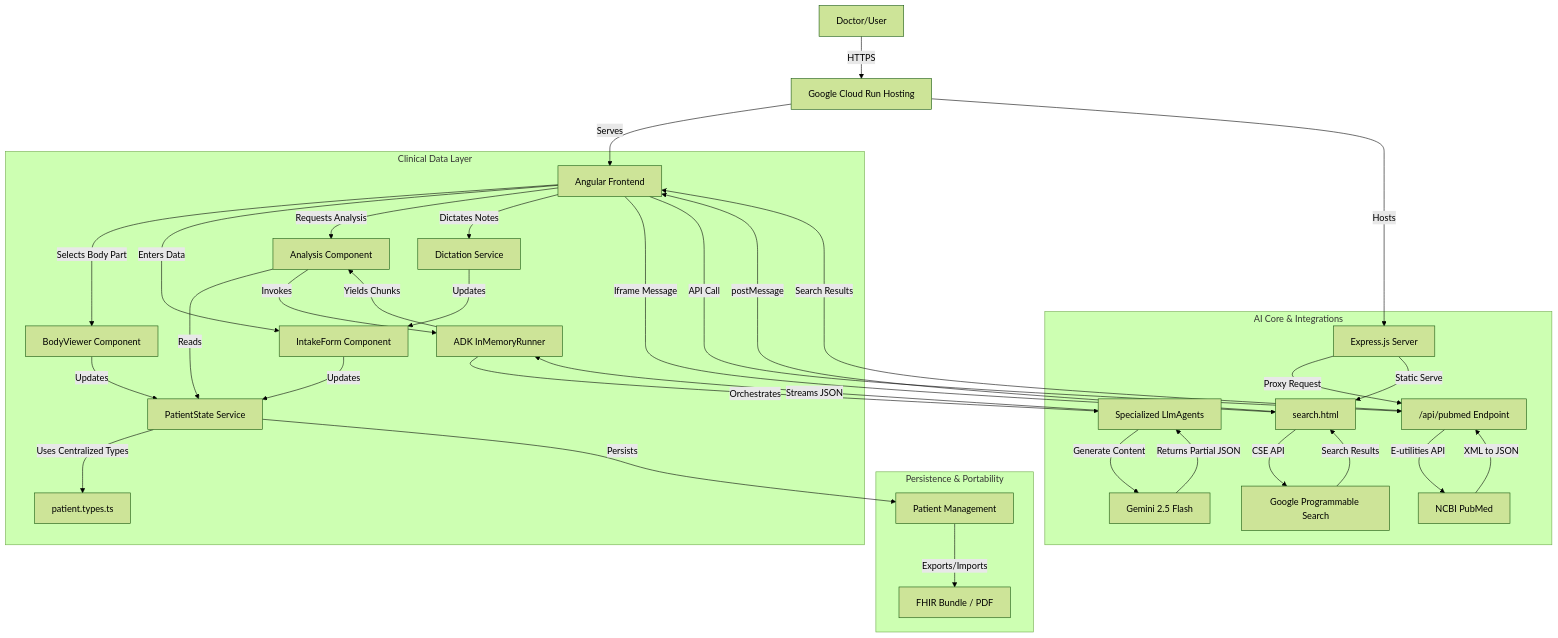
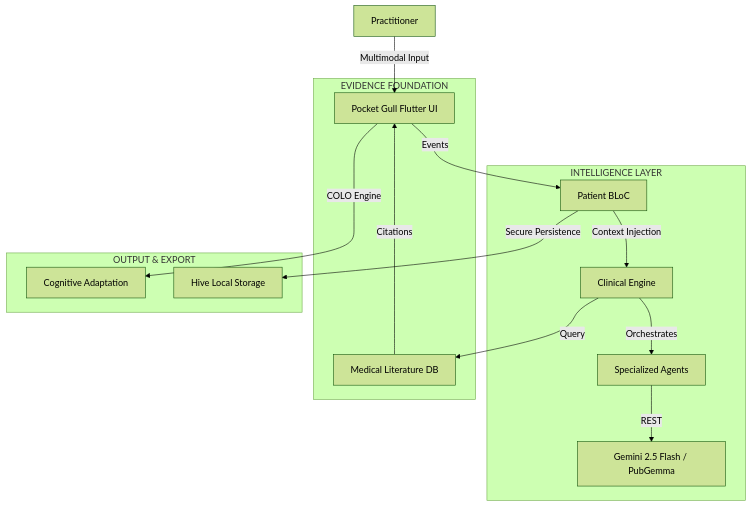
Before and after one commit to philgear/pocketgull: the diagram in pocketgull_flutter/assets/docs/README.md, drawn with Mermaid (forest theme). The commit also changed other lines of this file and 28 other files, not shown here.

Commit message:
feat: implement dictation analysis via Gemini API and add comprehensive documentation study site.

````diff
--- a/pocketgull_flutter/assets/docs/README.md
+++ b/pocketgull_flutter/assets/docs/README.md
@@ -120,45 +107,21 @@
 ```mermaid
 graph TD
-    User[Doctor/User] -->|HTTPS| CloudRun[Google Cloud Run Hosting]
-    CloudRun -->|Serves| UI[Angular Frontend]
-    CloudRun -->|Hosts| Backend[Express.js Server]
+    User[Practitioner] -->|Multimodal Input| UI[Pocket Gull Flutter UI]
+    UI -->|Events| State[Patient BLoC]
     
-    subgraph "Clinical Data Layer"
-        UI -->|Selects Body Part| BodyMap[BodyViewer Component]
-        UI -->|Enters Data| Intake[IntakeForm Component]
-        UI -->|Requests Analysis| Analysis[Analysis Component]
-        UI -->|Dictates Notes| Dictation[Dictation Service]
-        
-        BodyMap -->|Updates| State[PatientState Service]
-        Intake -->|Updates| State
-        Dictation -->|Updates| Intake
-        
-        State -->|Uses Centralized Types| Types[patient.types.ts]
-        Analysis -->|Reads| State
-        Analysis -->|Invokes| AdkRunner[ADK InMemoryRunner]
+    subgraph "INTELLIGENCE LAYER"
+        State -->|Context Injection| Analysis[Clinical Engine]
+        Analysis -->|Orchestrates| Agents[Specialized Agents]
+        Agents -->|REST| Gemini[Gemini 2.5 Flash / PubGemma]
     end
 
-    subgraph "Persistence & Portability"
-        State -->|Persists| PM[Patient Management]
-        PM -->|Exports/Imports| FHIR[FHIR Bundle / PDF]
+    subgraph "EVIDENCE FOUNDATION"
+        Analysis -->|Query| MedicalAPI[Medical Literature DB]
+        MedicalAPI -->|Citations| UI
     end
-    
-    subgraph "AI Core & Integrations"
-        AdkRunner -->|Orchestrates| Agents[Specialized LlmAgents]
-        Agents -->|Generate Content| Flash[Gemini 2.5 Flash]
-        Backend -->|Proxy Request| PubMedProxy["/api/pubmed Endpoint"]
-        Backend -->|Static Serve| GoogleSearch["search.html"]
-        PubMedProxy -->|E-utilities API| NCBI[NCBI PubMed]
-        GoogleSearch -->|CSE API| Google[Google Programmable Search]
+
+    subgraph "OUTPUT & EXPORT"
+        UI -->|COLO Engine| Translation[Cognitive Adaptation]
+        State -->|Secure Persistence| Hive[Hive Local Storage]
     end
-    
-    UI -->|Iframe Message| GoogleSearch
-    UI -->|API Call| PubMedProxy
-    Flash -->|Returns Partial JSON| Agents
-    Agents -->|Streams JSON| AdkRunner
-    AdkRunner -->|Yields Chunks| Analysis
-    NCBI -->|XML to JSON| PubMedProxy
-    PubMedProxy -->|Search Results| UI
-    Google -->|Search Results| GoogleSearch
-    GoogleSearch -->|postMessage| UI
 ```
````
